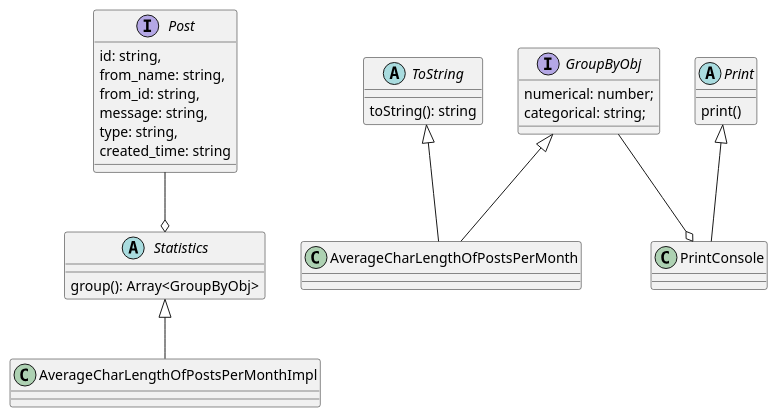
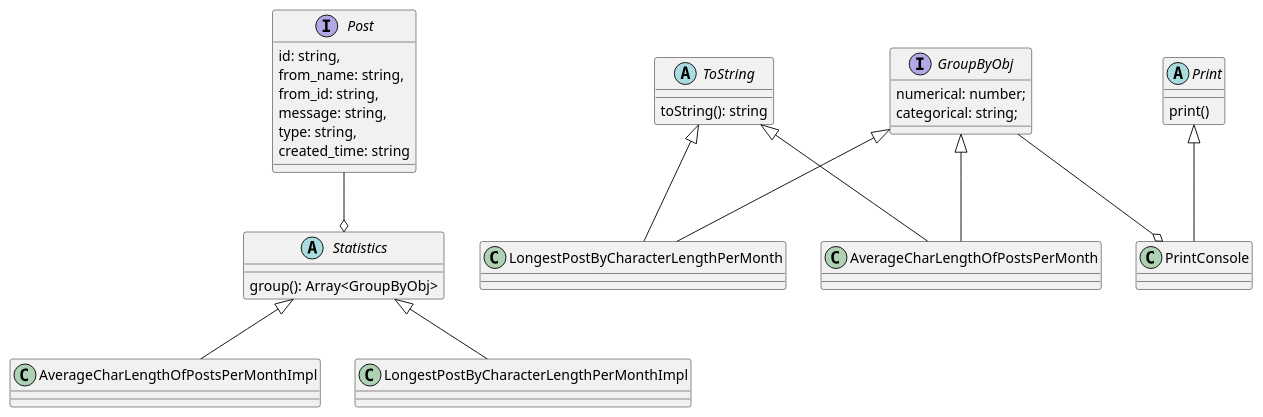
One commit to 4arturas/supermetrics-fix changed the diagram in plantuml/diagram.puml. Above: the diagram before and after it, drawn with PlantUML. The commit also changed 2 other files, not shown here.

Commit message:
Add LongestPostByCharacterLengthPerMonth implementation

```diff
--- a/plantuml/diagram.puml
+++ b/plantuml/diagram.puml
@@ -1,41 +1,44 @@
 @startuml
 'https://plantuml.com/class-diagram
 
 interface Post {
     id: string,
     from_name: string,
     from_id: string,
     message: string,
     type: string,
     created_time: string
 }
 
 abstract class ToString {
     toString(): string
 }
 abstract class Print {
     print()
 }
 class PrintConsole {
 }
 abstract class Statistics {
     group(): Array<GroupByObj>
 }
 
 interface GroupByObj {
     numerical: number;
     categorical: string;
 }
 
 GroupByObj --o PrintConsole
 Post --o Statistics
 
 Print <|-- PrintConsole
 
 class AverageCharLengthOfPostsPerMonth
 ToString <|-- AverageCharLengthOfPostsPerMonth
 GroupByObj <|-- AverageCharLengthOfPostsPerMonth
+ToString <|-- LongestPostByCharacterLengthPerMonth
+GroupByObj <|-- LongestPostByCharacterLengthPerMonth
 
 Statistics <|-- AverageCharLengthOfPostsPerMonthImpl
+Statistics <|-- LongestPostByCharacterLengthPerMonthImpl
 
 @enduml
```
